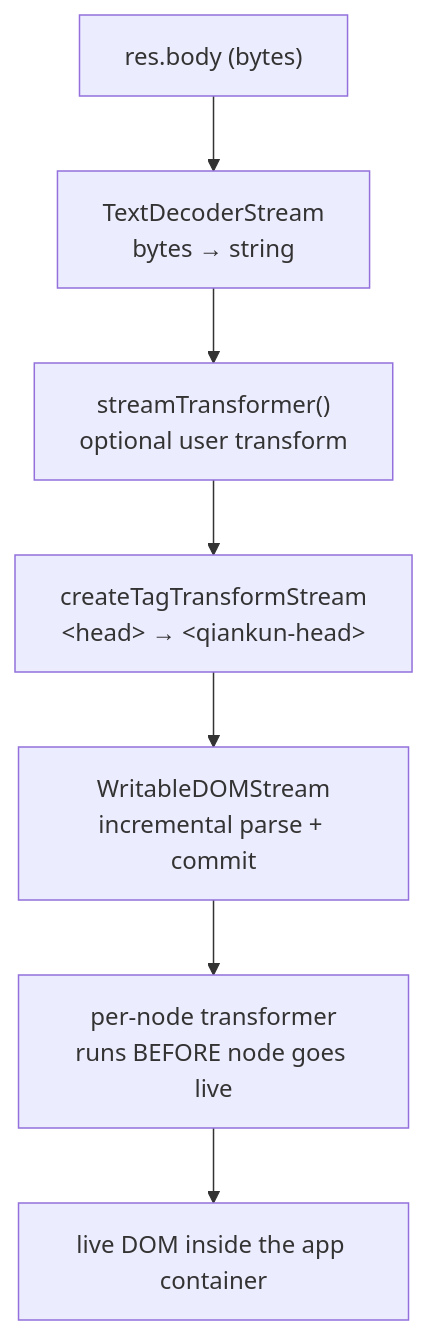
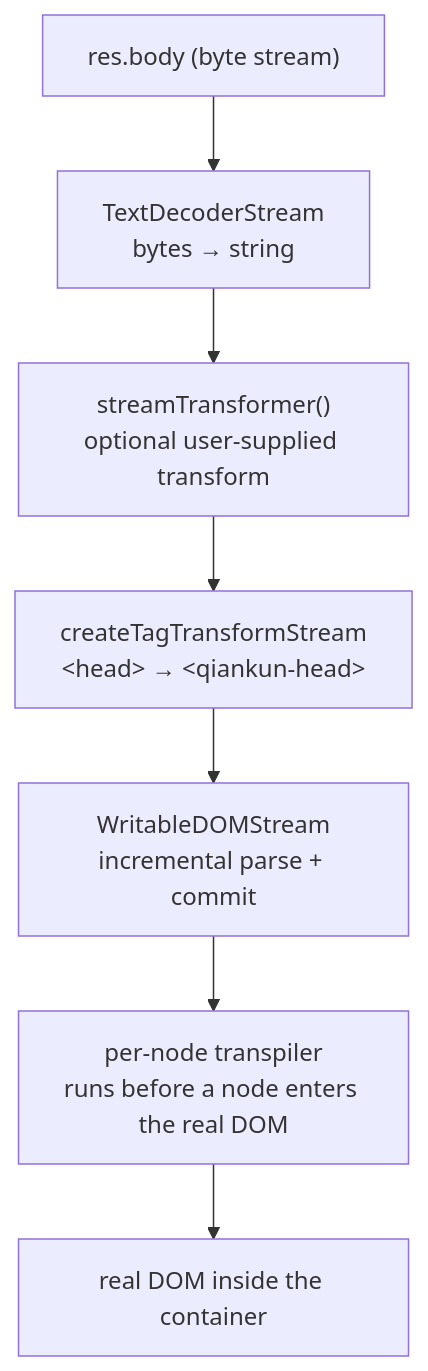
Before and after one commit to umijs/qiankun: the diagram in docs/concepts/html-entry-loading.md, drawn with Mermaid. The commit also changed other lines of this file and 63 other files, not shown here.

````diff
--- a/docs/concepts/html-entry-loading.md
+++ b/docs/concepts/html-entry-loading.md
@@ -30,9 +48,9 @@
 ```mermaid
 flowchart TD
-  A["res.body (bytes)"] --> B["TextDecoderStream<br/>bytes → string"]
-  B --> C["streamTransformer()<br/>optional user transform"]
+  A["res.body (byte stream)"] --> B["TextDecoderStream<br/>bytes → string"]
+  B --> C["streamTransformer()<br/>optional user-supplied transform"]
   C --> D["createTagTransformStream<br/>&lt;head&gt; → &lt;qiankun-head&gt;"]
   D --> E["WritableDOMStream<br/>incremental parse + commit"]
-  E --> F["per-node transformer<br/>runs BEFORE node goes live"]
-  F --> G["live DOM inside the app container"]
+  E --> F["per-node transpiler<br/>runs before a node enters the real DOM"]
+  F --> G["real DOM inside the container"]
 ```
````
